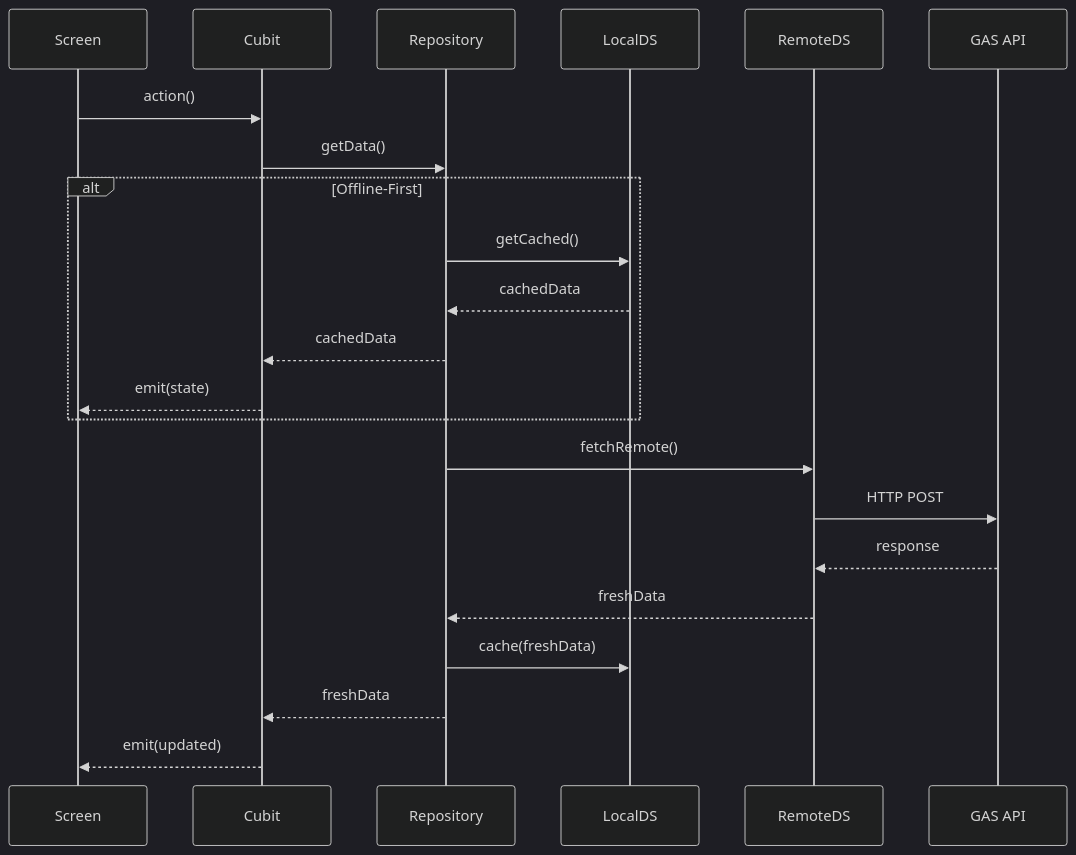
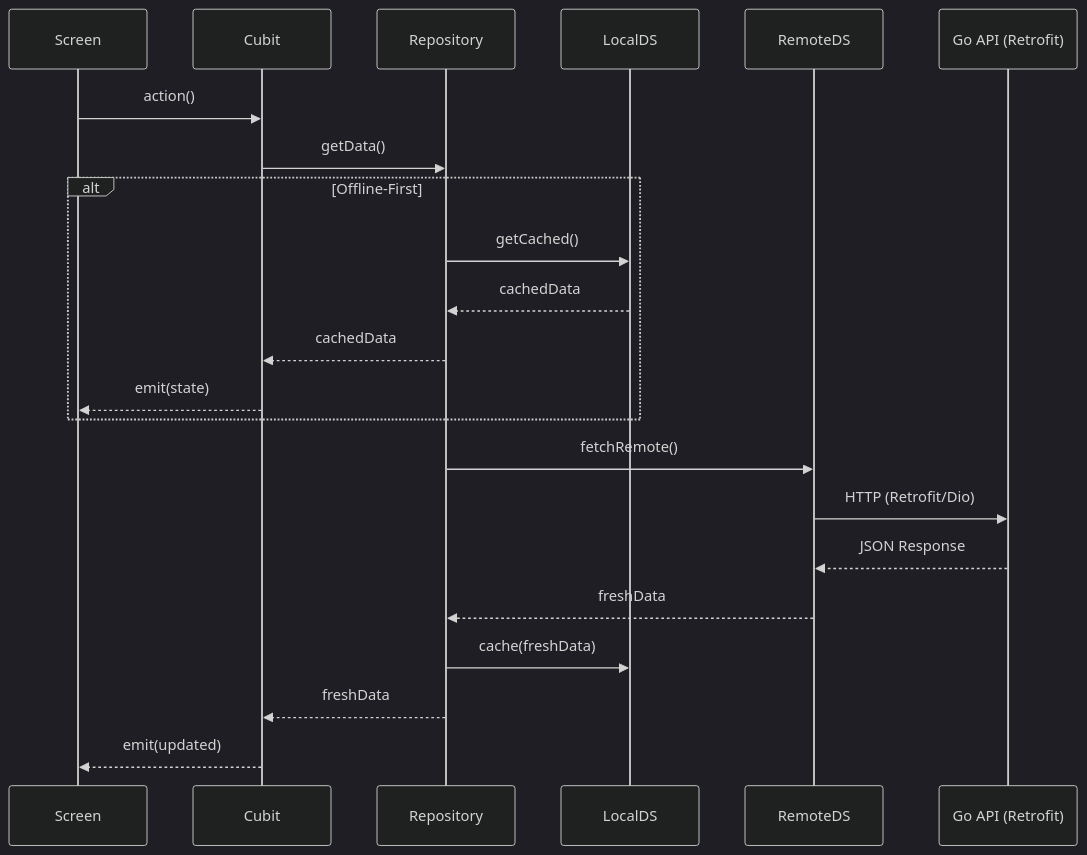
Before and after one commit to dectecx/SummitMate: the third of 3 diagrams in docs/architecture/MODULE_DIAGRAM.md, drawn with Mermaid (dark theme). The commit also changed other lines of this file and 2 other files, not shown here.

Commit message:
docs: update architecture and technical specifications to match Go backend and Retrofit refactor

````diff
--- a/docs/architecture/MODULE_DIAGRAM.md
+++ b/docs/architecture/MODULE_DIAGRAM.md
@@ -150,27 +146,27 @@
 ```mermaid
 sequenceDiagram
     participant UI as Screen
     participant C as Cubit
     participant R as Repository
     participant L as LocalDS
     participant R2 as RemoteDS
-    participant API as GAS API
+    participant API as Go API (Retrofit)
 
     UI->>C: action()
     C->>R: getData()
 
     alt Offline-First
         R->>L: getCached()
         L-->>R: cachedData
         R-->>C: cachedData
         C-->>UI: emit(state)
     end
 
     R->>R2: fetchRemote()
-    R2->>API: HTTP POST
-    API-->>R2: response
+    R2->>API: HTTP (Retrofit/Dio)
+    API-->>R2: JSON Response
     R2-->>R: freshData
     R->>L: cache(freshData)
     R-->>C: freshData
     C-->>UI: emit(updated)
 ```
````
